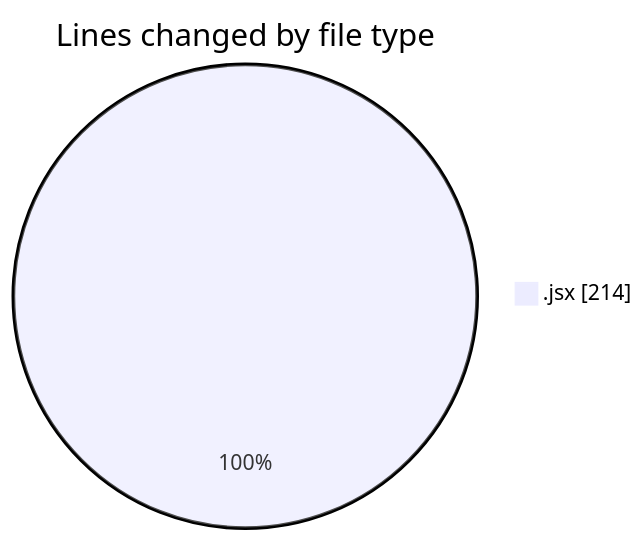
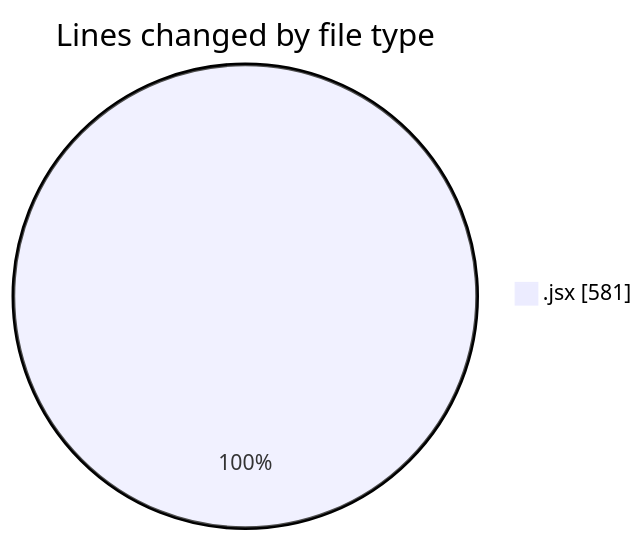
One commit to nxtqubesakshisongat/code-tracking changed the first of 2 diagrams in 2025-11-13/argos/README.md. Above: the diagram before and after it, drawn with Mermaid. The commit also changed other lines of this file and 1 other file, not shown here.

````diff
--- a/2025-11-13/argos/README.md
+++ b/2025-11-13/argos/README.md
@@ -20,5 +21,5 @@
 ```mermaid
 pie showData
 title Lines changed by file type
-".jsx" : 214
+".jsx" : 581
 ```
````
